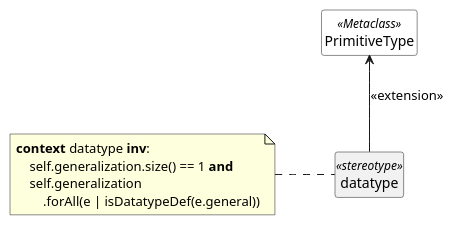
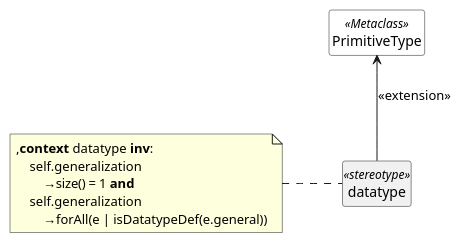
Before and after one commit to sdm-lang/tree-sitter-sdml: the eighth of 21 diagrams in docs/uml-profile.org, drawn with PlantUML. The commit also changed other lines of this file and 29 other files, not shown here.

```diff
--- a/docs/uml-profile.org
+++ b/docs/uml-profile.org
@@ -311,20 +311,21 @@
 #+BEGIN_SRC plantuml :file uml-profile-datatype.svg
 skinparam backgroundColor transparent
 skinparam style strictuml
 skinparam linetype polyline
 skinparam nodesep 60
 
 hide circle
 hide members
 
 class PrimitiveType <<Metaclass>> #white {}
 class datatype <<stereotype>> {}
 datatype -up-> PrimitiveType: <<extension>>
 
 note left of datatype
-**context** datatype **inv**:
-    self.generalization.size() == 1 **and**
+,**context** datatype **inv**:
     self.generalization
-        .forAll(e | isDatatypeDef(e.general))
+        →size() = 1 **and**
+    self.generalization
+        →forAll(e | isDatatypeDef(e.general))
 end note
 #+END_SRC
```
